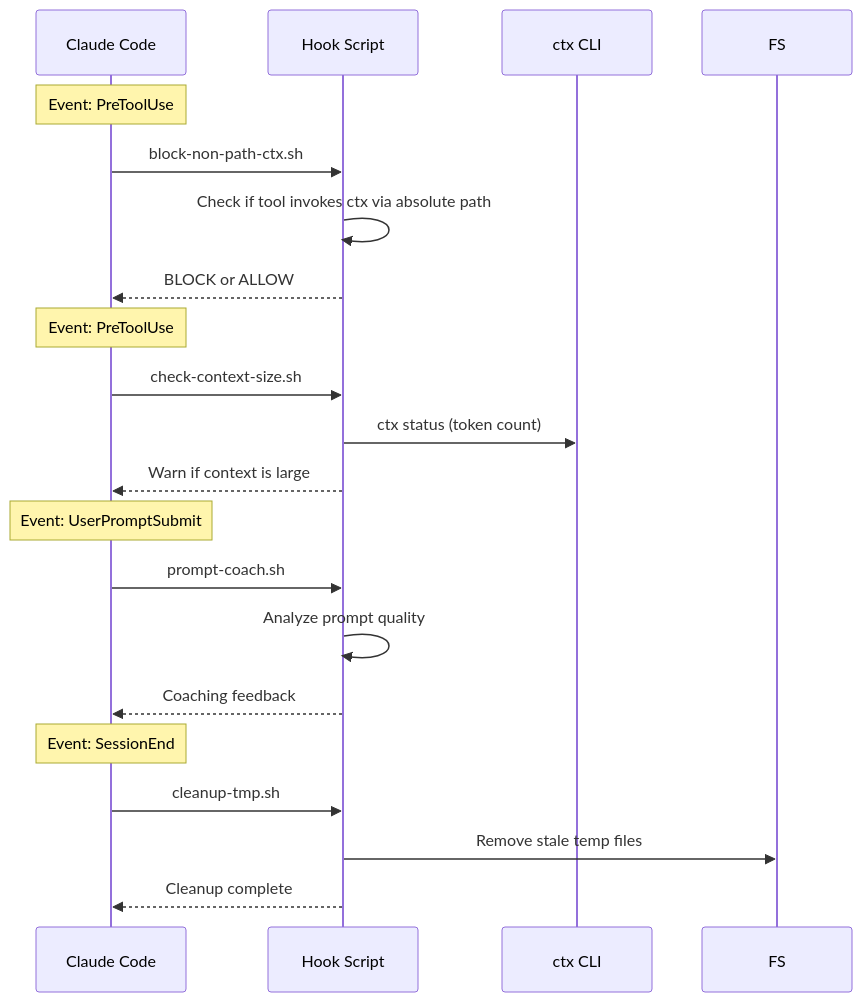
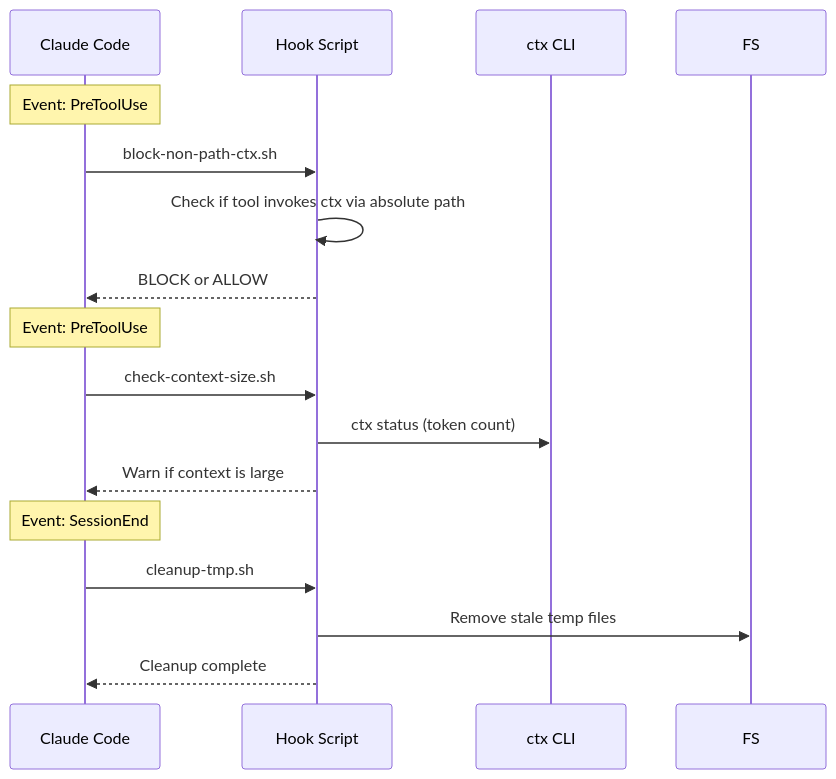
Before and after one commit to ActiveMemory/ctx: the sixth of 7 diagrams in .context/ARCHITECTURE.md, drawn with Mermaid. The commit also changed other lines of this file and 15 other files, not shown here.

First line of the commit message:
Merge upstream: remove prompt-coach, fix block-non-path-ctx patterns.

````diff
--- a/.context/ARCHITECTURE.md
+++ b/.context/ARCHITECTURE.md
@@ -208,26 +208,21 @@
 ```mermaid
 sequenceDiagram
     participant CC as Claude Code
     participant Hook as Hook Script
     participant CTX as ctx CLI
 
     Note over CC: Event: PreToolUse
     CC->>Hook: block-non-path-ctx.sh
     Hook->>Hook: Check if tool invokes ctx via absolute path
     Hook-->>CC: BLOCK or ALLOW
 
     Note over CC: Event: PreToolUse
     CC->>Hook: check-context-size.sh
     Hook->>CTX: ctx status (token count)
     Hook-->>CC: Warn if context is large
 
-    Note over CC: Event: UserPromptSubmit
-    CC->>Hook: prompt-coach.sh
-    Hook->>Hook: Analyze prompt quality
-    Hook-->>CC: Coaching feedback
-
     Note over CC: Event: SessionEnd
     CC->>Hook: cleanup-tmp.sh
     Hook->>FS: Remove stale temp files
     Hook-->>CC: Cleanup complete
 ```
````
